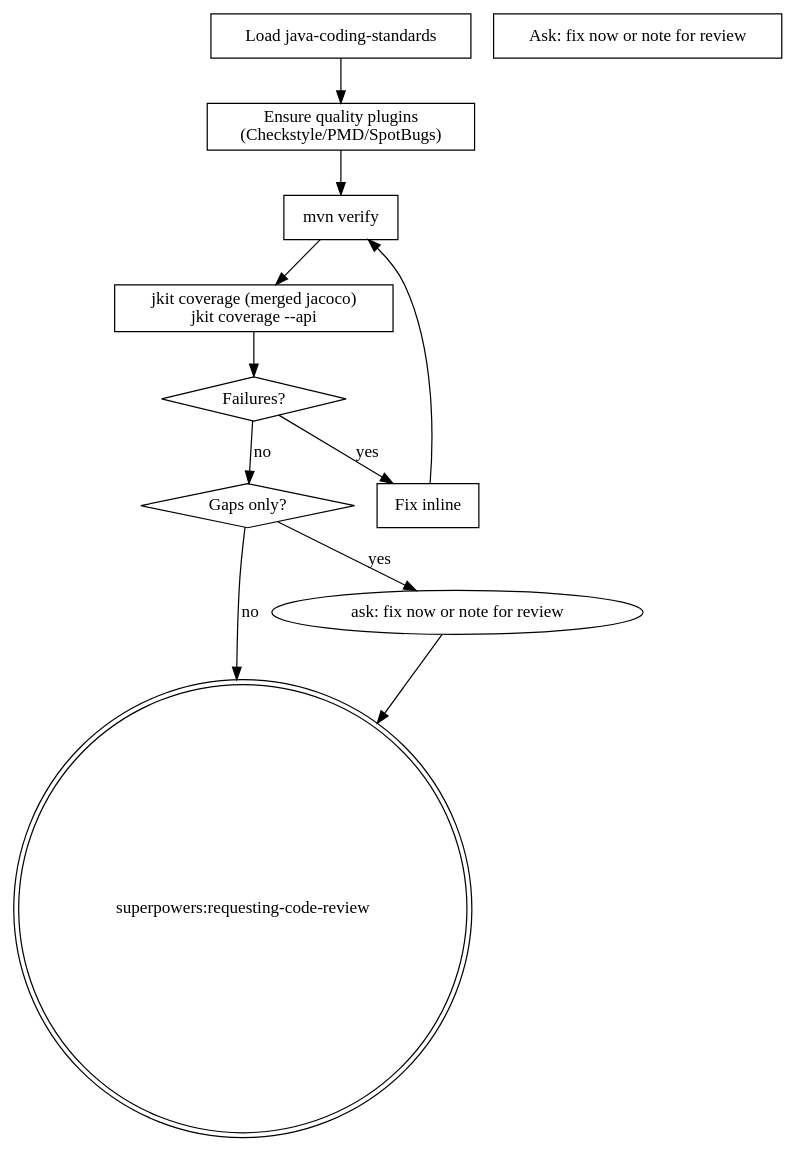
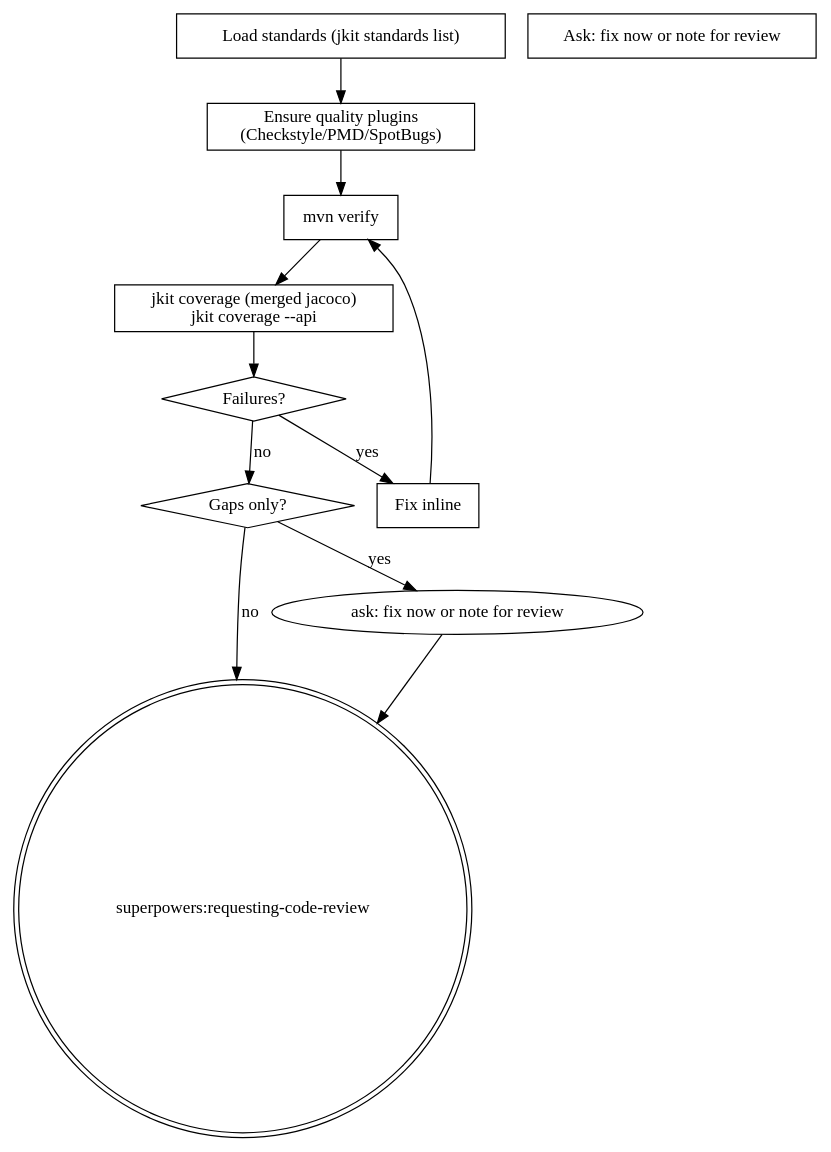
One commit to honghaowuu/jkit changed the second of 2 diagrams in docs/superpowers/specs/2026-04-21-jkit-iter3-quality-layer.md. Above: the diagram before and after it, drawn with Graphviz. The commit also changed other lines of this file and 3 other files, not shown here.

First line of the commit message:
docs: update iter spec/plan citations to jkit standards list

````diff
--- a/docs/superpowers/specs/2026-04-21-jkit-iter3-quality-layer.md
+++ b/docs/superpowers/specs/2026-04-21-jkit-iter3-quality-layer.md
@@ -251,24 +251,24 @@
 ```dot
 digraph java_verify {
-    "Load java-coding-standards" [shape=box];
+    "Load standards (jkit standards list)" [shape=box];
     "Ensure quality plugins\n(Checkstyle/PMD/SpotBugs)" [shape=box];
     "mvn verify" [shape=box];
     "jkit coverage (merged jacoco)\njkit coverage --api" [shape=box];
     "Failures?" [shape=diamond];
     "Fix inline" [shape=box];
     "Gaps only?" [shape=diamond];
     "Ask: fix now or note for review" [shape=box];
     "superpowers:requesting-code-review" [shape=doublecircle];
 
-    "Load java-coding-standards" -> "Ensure quality plugins\n(Checkstyle/PMD/SpotBugs)";
+    "Load standards (jkit standards list)" -> "Ensure quality plugins\n(Checkstyle/PMD/SpotBugs)";
     "Ensure quality plugins\n(Checkstyle/PMD/SpotBugs)" -> "mvn verify";
     "mvn verify" -> "jkit coverage (merged jacoco)\njkit coverage --api";
     "jkit coverage (merged jacoco)\njkit coverage --api" -> "Failures?";
     "Failures?" -> "Fix inline" [label="yes"];
     "Fix inline" -> "mvn verify";
     "Failures?" -> "Gaps only?" [label="no"];
     "Gaps only?" -> "ask: fix now or note for review" [label="yes"];
     "Gaps only?" -> "superpowers:requesting-code-review" [label="no"];
     "ask: fix now or note for review" -> "superpowers:requesting-code-review";
 }
 ```
````
